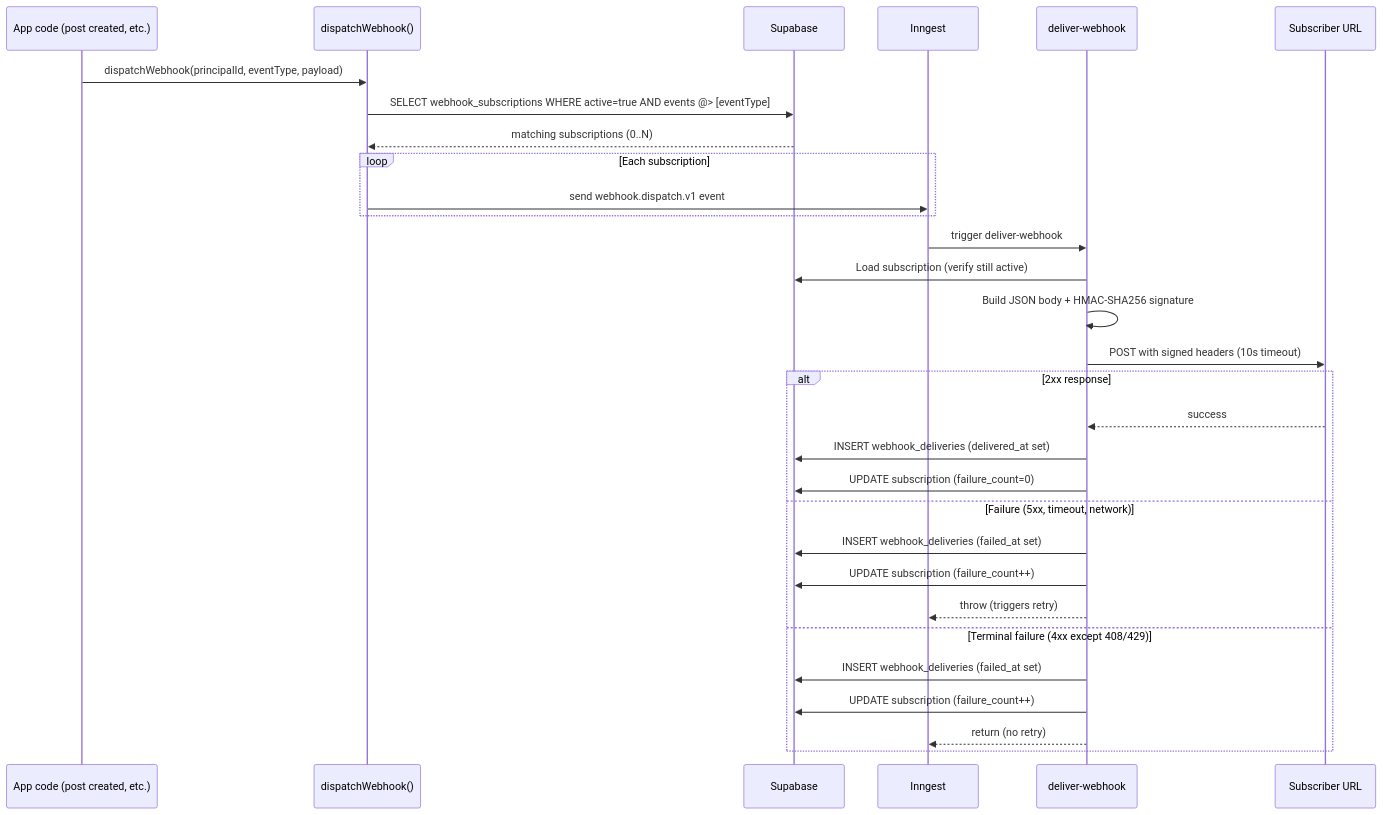
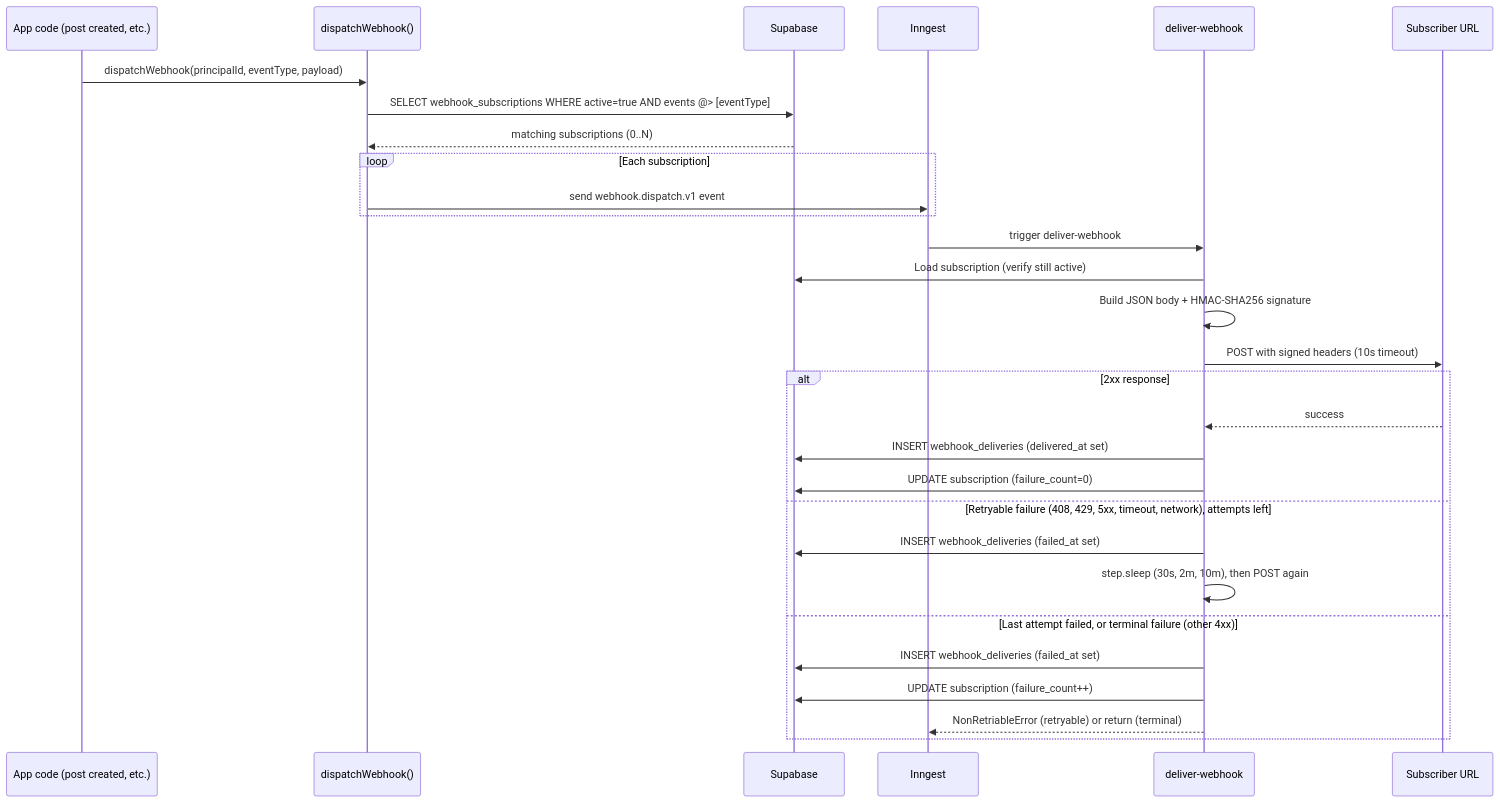
Before and after one commit to Andy00L/sharetopus: the second of 2 diagrams in docs/WEBHOOKS.md, drawn with Mermaid. The commit also changed other lines of this file and 27 other files, not shown here.

````diff
--- a/docs/WEBHOOKS.md
+++ b/docs/WEBHOOKS.md
@@ -59,35 +59,34 @@
 ```mermaid
 sequenceDiagram
     participant Caller as App code (post created, etc.)
     participant Dispatch as dispatchWebhook()
     participant DB as Supabase
     participant Inngest as Inngest
     participant Worker as deliver-webhook
     participant Endpoint as Subscriber URL
 
     Caller->>Dispatch: dispatchWebhook(principalId, eventType, payload)
     Dispatch->>DB: SELECT webhook_subscriptions WHERE active=true AND events @> [eventType]
     DB-->>Dispatch: matching subscriptions (0..N)
     loop Each subscription
         Dispatch->>Inngest: send webhook.dispatch.v1 event
     end
 
     Inngest->>Worker: trigger deliver-webhook
     Worker->>DB: Load subscription (verify still active)
     Worker->>Worker: Build JSON body + HMAC-SHA256 signature
     Worker->>Endpoint: POST with signed headers (10s timeout)
 
     alt 2xx response
         Endpoint-->>Worker: success
         Worker->>DB: INSERT webhook_deliveries (delivered_at set)
         Worker->>DB: UPDATE subscription (failure_count=0)
-    else Failure (5xx, timeout, network)
+    else Retryable failure (408, 429, 5xx, timeout, network), attempts left
+        Worker->>DB: INSERT webhook_deliveries (failed_at set)
+        Worker->>Worker: step.sleep (30s, 2m, 10m), then POST again
+    else Last attempt failed, or terminal failure (other 4xx)
         Worker->>DB: INSERT webhook_deliveries (failed_at set)
         Worker->>DB: UPDATE subscription (failure_count++)
-        Worker-->>Inngest: throw (triggers retry)
-    else Terminal failure (4xx except 408/429)
-        Worker->>DB: INSERT webhook_deliveries (failed_at set)
-        Worker->>DB: UPDATE subscription (failure_count++)
-        Worker-->>Inngest: return (no retry)
+        Worker-->>Inngest: NonRetriableError (retryable) or return (terminal)
     end
 ```
````
